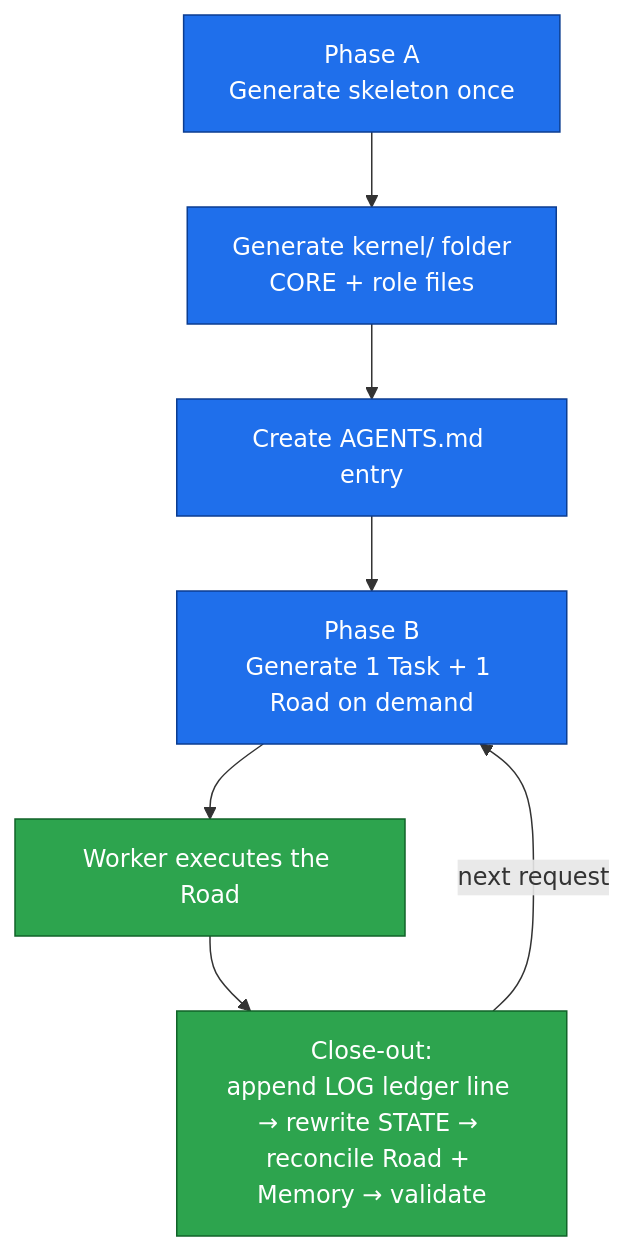
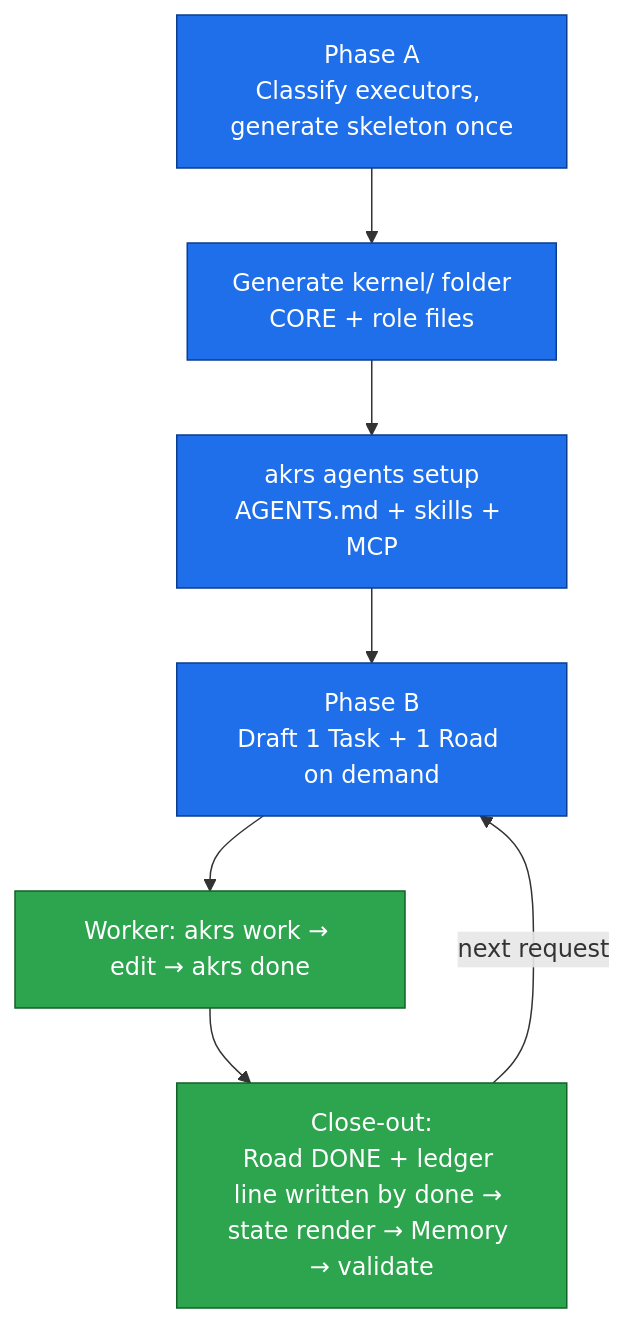
Before and after one commit to asadeisa/akrs: the seventh of 7 diagrams in docs/guides/ROUTING-FLOW.md, drawn with Mermaid. The commit also changed other lines of this file and 35 other files, not shown here.

````diff
--- a/docs/guides/ROUTING-FLOW.md
+++ b/docs/guides/ROUTING-FLOW.md
@@ -160,14 +167,14 @@
 ```mermaid
 flowchart TD
-    A[Phase A<br/>Generate skeleton once] --> K[Generate kernel/ folder<br/>CORE + role files]
-    K --> Entry[Create AGENTS.md entry]
-    Entry --> B[Phase B<br/>Generate 1 Task + 1 Road on demand]
-    B --> X[Worker executes the Road]
-    X --> C[Close-out:<br/>append LOG ledger line → rewrite STATE → reconcile Road + Memory → validate]
+    A[Phase A<br/>Classify executors, generate skeleton once] --> K[Generate kernel/ folder<br/>CORE + role files]
+    K --> Entry[akrs agents setup<br/>AGENTS.md + skills + MCP]
+    Entry --> B[Phase B<br/>Draft 1 Task + 1 Road on demand]
+    B --> X[Worker: akrs work → edit → akrs done]
+    X --> C[Close-out:<br/>Road DONE + ledger line written by done → state render → Memory → validate]
     C -->|next request| B
 
     classDef lead fill:#1f6feb,stroke:#0b3d91,color:#fff;
     classDef work fill:#2da44e,stroke:#116329,color:#fff;
     class A,K,Entry,B lead;
     class X,C work;
 ```
````
